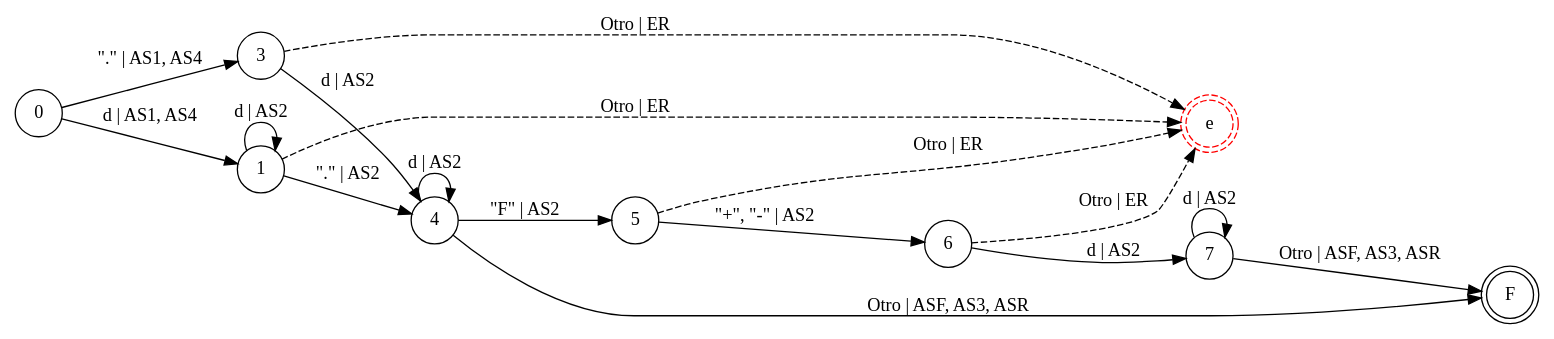
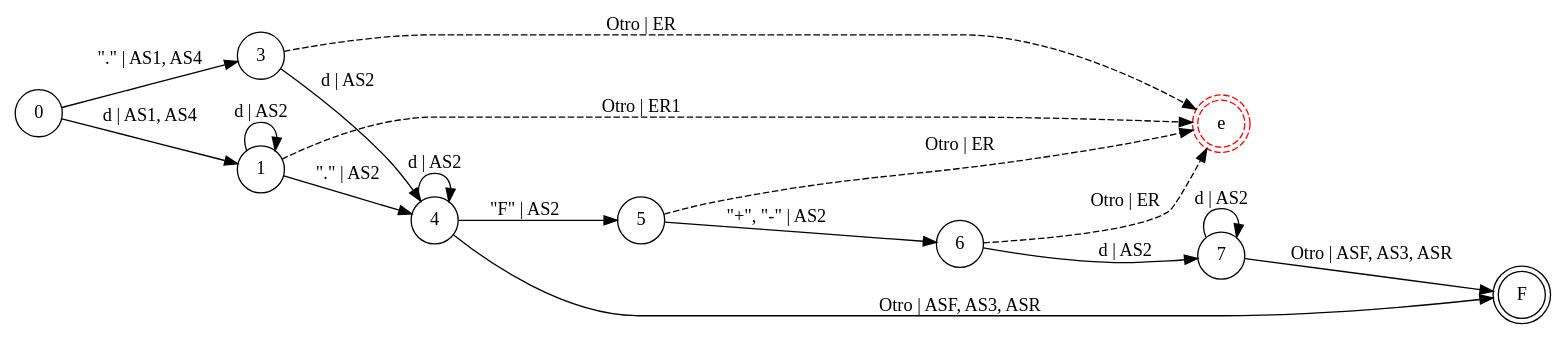
Before and after one commit to iroumec/RouVel-Compiler: the diagram in resources/diagrams/errors/floating.dot, drawn with Graphviz. The commit also changed 4 other files, not shown here.

Commit message:
Graphs improved

```diff
--- a/resources/diagrams/errors/floating.dot
+++ b/resources/diagrams/errors/floating.dot
@@ -1,23 +1,23 @@
 digraph DFA {
     rankdir = LR;
     node [shape = circle;];
     F [shape = doublecircle;];
     e [shape = doublecircle;style = dashed;color = red;];
     
     0 -> 1 [label = "d | AS1, AS4";];
     0 -> 3 [label = "\".\" | AS1, AS4";];
     1 -> 1 [label = "d | AS2";];
     1 -> 4 [label = "\".\" | AS2";];
-    1 -> e [label = "Otro | ER"; style = dashed;];
+    1 -> e [label = "Otro | ER1"; style = dashed;];
     3 -> 4 [label = "d | AS2";];
     3 -> e [label = "Otro | ER"; style = dashed;];
     4 -> 4 [label = "d | AS2";];
     4 -> F [label = "Otro | ASF, AS3, ASR";];
     4 -> 5 [label = "\"F\" | AS2";];
     5 -> 6 [label = "\"+\", \"-\" | AS2";];
     5 -> e [label = "Otro | ER"; style = dashed;];
     6 -> 7 [label = "d | AS2";];
     6 -> e [label = "Otro | ER"; style = dashed;];
     7 -> 7 [label = "d | AS2";];
     7 -> F [label = "Otro | ASF, AS3, ASR";];
 }
```
